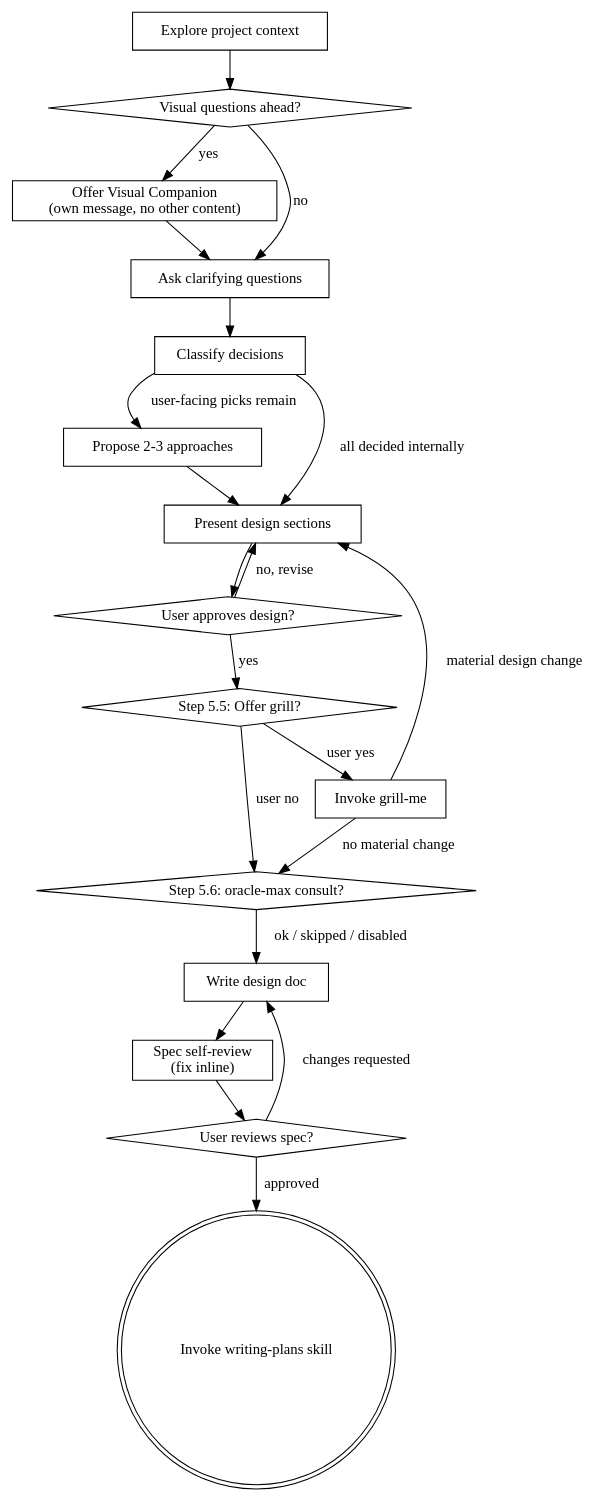
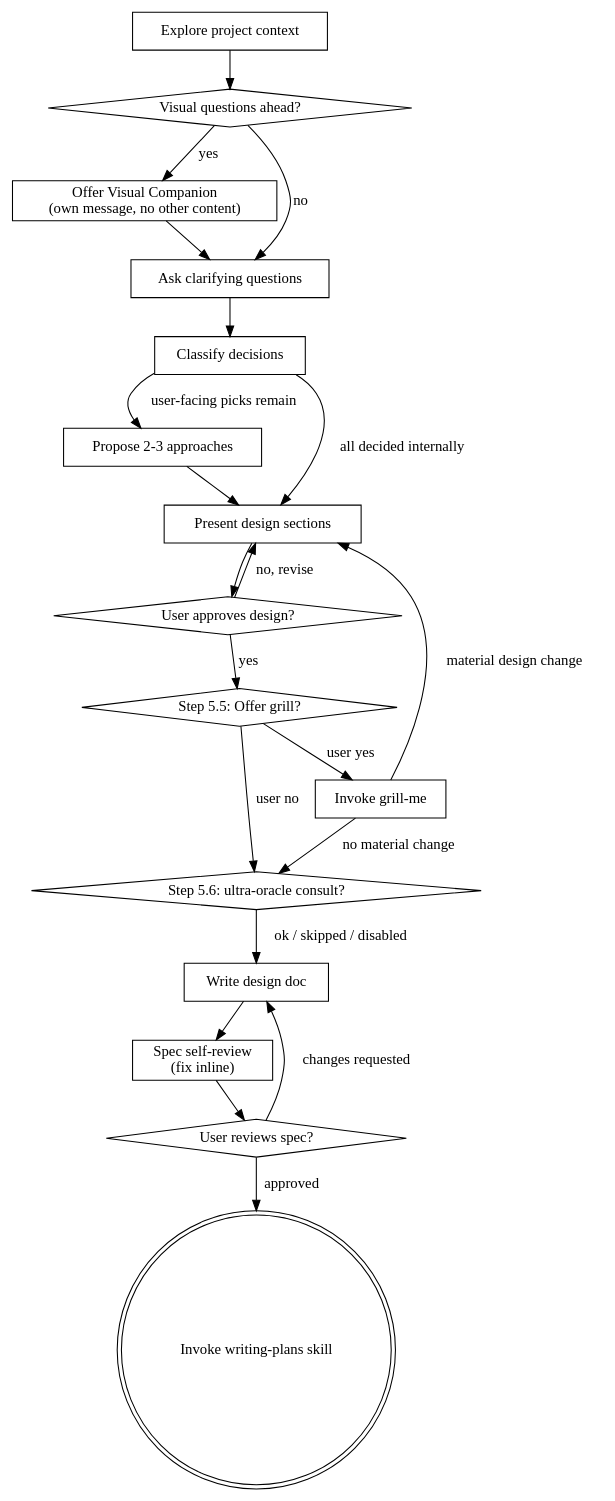
The diagram in skills/brainstorming/SKILL.md (chris-yyau/busdriver), drawn with Graphviz before and after one commit. The commit also changed other lines of this file and 15 other files, not shown here.

First line of the commit message:
refactor: rename oracle-max to ultra-oracle and add cookie-path auth

````diff
--- a/skills/brainstorming/SKILL.md
+++ b/skills/brainstorming/SKILL.md
@@ -46,40 +46,40 @@
 ```dot
 digraph brainstorming {
     "Explore project context" [shape=box];
     "Visual questions ahead?" [shape=diamond];
     "Offer Visual Companion\n(own message, no other content)" [shape=box];
     "Ask clarifying questions" [shape=box];
     "Classify decisions" [shape=box];
     "Propose 2-3 approaches" [shape=box];
     "Present design sections" [shape=box];
     "User approves design?" [shape=diamond];
     "Step 5.5: Offer grill?" [shape=diamond];
     "Invoke grill-me" [shape=box];
-    "Step 5.6: oracle-max consult?" [shape=diamond];
+    "Step 5.6: ultra-oracle consult?" [shape=diamond];
     "Write design doc" [shape=box];
     "Spec self-review\n(fix inline)" [shape=box];
     "User reviews spec?" [shape=diamond];
     "Invoke writing-plans skill" [shape=doublecircle];
 
     "Explore project context" -> "Visual questions ahead?";
     "Visual questions ahead?" -> "Offer Visual Companion\n(own message, no other content)" [label="yes"];
     "Visual questions ahead?" -> "Ask clarifying questions" [label="no"];
     "Offer Visual Companion\n(own message, no other content)" -> "Ask clarifying questions";
     "Ask clarifying questions" -> "Classify decisions";
     "Classify decisions" -> "Propose 2-3 approaches" [label="user-facing picks remain"];
     "Classify decisions" -> "Present design sections" [label="all decided internally"];
     "Propose 2-3 approaches" -> "Present design sections";
     "Present design sections" -> "User approves design?";
     "User approves design?" -> "Present design sections" [label="no, revise"];
     "User approves design?" -> "Step 5.5: Offer grill?" [label="yes"];
     "Step 5.5: Offer grill?" -> "Invoke grill-me" [label="user yes"];
-    "Step 5.5: Offer grill?" -> "Step 5.6: oracle-max consult?" [label="user no"];
+    "Step 5.5: Offer grill?" -> "Step 5.6: ultra-oracle consult?" [label="user no"];
     "Invoke grill-me" -> "Present design sections" [label="material design change"];
-    "Invoke grill-me" -> "Step 5.6: oracle-max consult?" [label="no material change"];
-    "Step 5.6: oracle-max consult?" -> "Write design doc" [label="ok / skipped / disabled"];
+    "Invoke grill-me" -> "Step 5.6: ultra-oracle consult?" [label="no material change"];
+    "Step 5.6: ultra-oracle consult?" -> "Write design doc" [label="ok / skipped / disabled"];
     "Write design doc" -> "Spec self-review\n(fix inline)";
     "Spec self-review\n(fix inline)" -> "User reviews spec?";
     "User reviews spec?" -> "Write design doc" [label="changes requested"];
     "User reviews spec?" -> "Invoke writing-plans skill" [label="approved"];
 }
 ```
````
